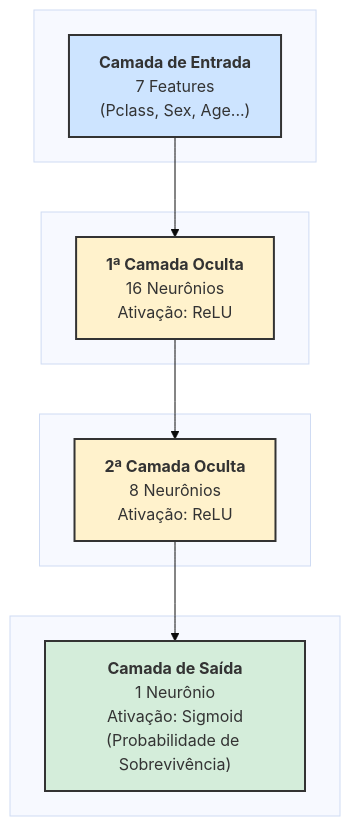
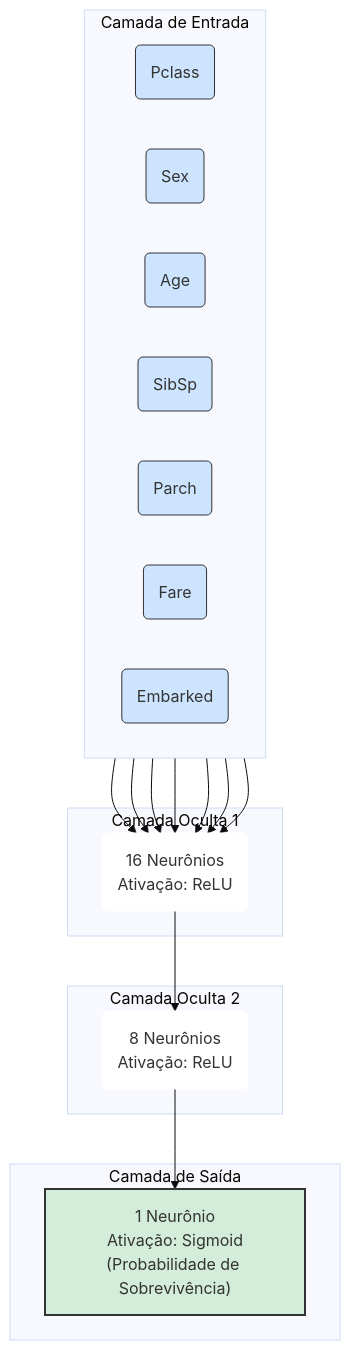
One commit to Cap-alfaMike/titanic-survival-eda-prediction-tensorflow changed the diagram in README.md. Above: the diagram before and after it, drawn with Mermaid (base theme). The commit also changed other lines of this file, not shown here.

Commit message:
Finaliza projeto com análise, modelo e documentação completa

````diff
--- a/README.md
+++ b/README.md
@@ -94,41 +94,53 @@
 ```mermaid
+
+
+graph TD
+    subgraph "Camada de Entrada"
+        direction LR
+        I1(Pclass); I2(Sex); I3(Age); I4(SibSp); I5(Parch); I6(Fare); I7(Embarked);
+    end
+
+    subgraph "Camada Oculta 1"
+        %% Usamos um nó de texto para os detalhes, evitando quebra no título %%
+        H1_details("16 Neurônios<br/>Ativação: ReLU");
+    end
+
+    subgraph "Camada Oculta 2"
+        H2_details("8 Neurônios<br/>Ativação: ReLU");
+    end
+
+    subgraph "Camada de Saída"
+        O["1 Neurônio<br/>Ativação: Sigmoid<br/>(Probabilidade de Sobrevivência)"];
+    end
+
+    %% Conexões %%
+    I1 & I2 & I3 & I4 & I5 & I6 & I7 --> H1_details;
+    H1_details --> H2_details;
+    H2_details --> O;
+
+    %% Estilos %%
+    style I1 fill:#cde4ff,stroke:#333
+    style I2 fill:#cde4ff,stroke:#333
+    style I3 fill:#cde4ff,stroke:#333
+    style I4 fill:#cde4ff,stroke:#333
+    style I5 fill:#cde4ff,stroke:#333
+    style I6 fill:#cde4ff,stroke:#333
+    style I7 fill:#cde4ff,stroke:#333
+    
+    %% Estilo para os nós de texto (sem borda, fundo branco) %%
+    style H1_details fill:#fff,stroke:#fff
+    style H2_details fill:#fff,stroke:#fff
+
+    style O fill:#d4edda,stroke:#333,stroke-width:2px
 
 
 
 
 
-graph TD
-    subgraph " "
-        I["<b>Camada de Entrada</b><br/>7 Features<br/>(Pclass, Sex, Age...)"]
-    end
 
 
 
-    subgraph " "
-        H1["<b>1ª Camada Oculta</b><br/>16 Neurônios<br/>Ativação: ReLU"]
-    end
 
 
 
-    subgraph " "
-        H2["<b>2ª Camada Oculta</b><br/>8 Neurônios<br/>Ativação: ReLU"]
-    end
-
-
-
-    subgraph " "
-        O["<b>Camada de Saída</b><br/>1 Neurônio<br/>Ativação: Sigmoid<br/>(Probabilidade de Sobrevivência)"]
-    end
-
-
-
-    I --> H1
-    H1 --> H2
-    H2 --> O
-
-    style I fill:#cde4ff,stroke:#333,stroke-width:2px
-    style H1 fill:#fff2cc,stroke:#333,stroke-width:2px
-    style H2 fill:#fff2cc,stroke:#333,stroke-width:2px
-    style O fill:#d4edda,stroke:#333,stroke-width:2px
-
 ```
````
